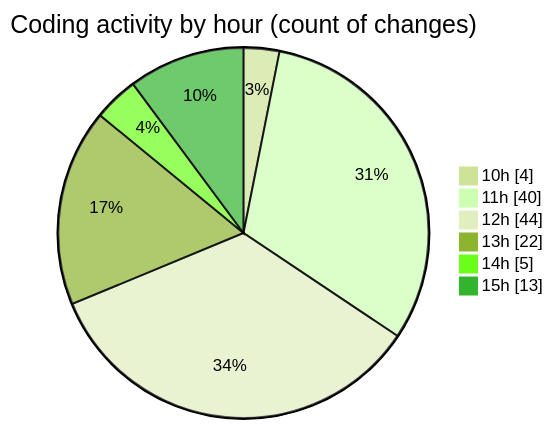
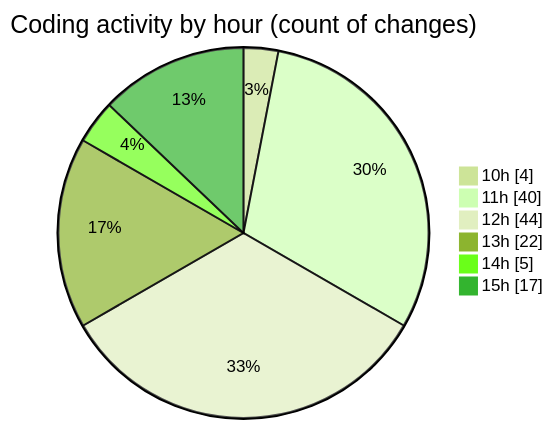
One commit to nxtqubesakshisongat/code-tracking changed the second of 2 diagrams in 2025-07-28/nxtqube_webapp/README.md. Above: the diagram before and after it, drawn with Mermaid (forest theme). The commit also changed other lines of this file and 1 other file, not shown here.

````diff
--- a/2025-07-28/nxtqube_webapp/README.md
+++ b/2025-07-28/nxtqube_webapp/README.md
@@ -56,10 +56,10 @@
 ```mermaid
 pie showData
 title Coding activity by hour (count of changes)
 "10h" : 4
 "11h" : 40
 "12h" : 44
 "13h" : 22
 "14h" : 5
-"15h" : 13
+"15h" : 17
 ```
````
